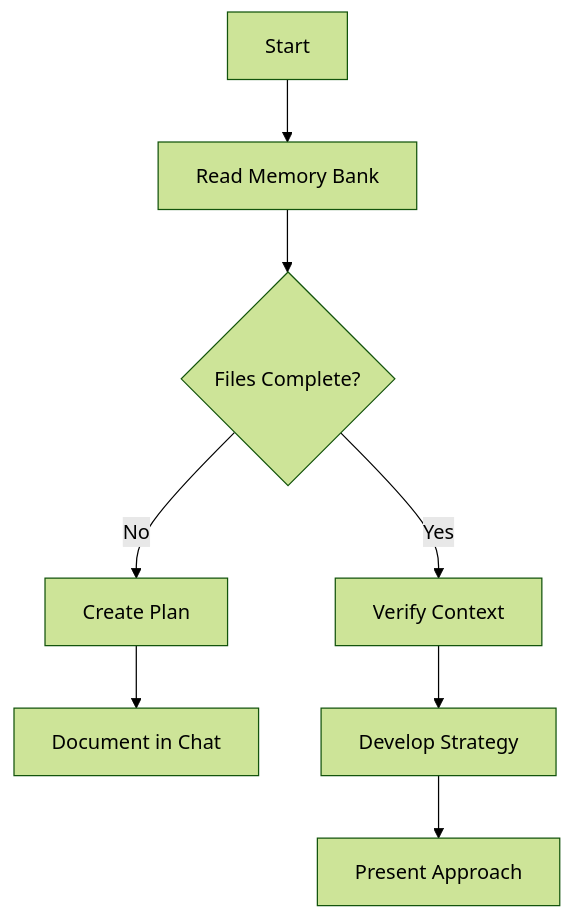
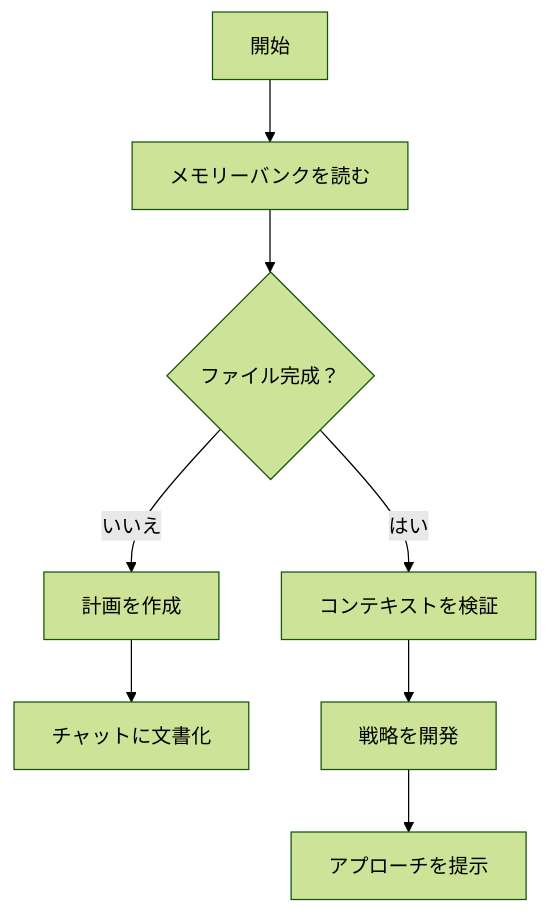
The first of 3 diagrams in docs-ja/prompting/caret-memory-bank.mdx (aicoding-caret/docs.caret.team), drawn with Mermaid (forest theme) before and after one commit. The commit also changed other lines of this file and 43 other files, not shown here.

````diff
--- a/docs-ja/prompting/caret-memory-bank.mdx
+++ b/docs-ja/prompting/caret-memory-bank.mdx
@@ -95,12 +95,12 @@
 ```mermaid
 flowchart TD
-    Start[Start] --> ReadFiles[Read Memory Bank]
-    ReadFiles --> CheckFiles{Files Complete?}
+    Start[開始] --> ReadFiles[メモリーバンクを読む]
+    ReadFiles --> CheckFiles{ファイル完成？}
 
-    CheckFiles -->|No| Plan[Create Plan]
-    Plan --> Document[Document in Chat]
+    CheckFiles -->|いいえ| Plan[計画を作成]
+    Plan --> Document[チャットに文書化]
 
-    CheckFiles -->|Yes| Verify[Verify Context]
-    Verify --> Strategy[Develop Strategy]
-    Strategy --> Present[Present Approach]
+    CheckFiles -->|はい| Verify[コンテキストを検証]
+    Verify --> Strategy[戦略を開発]
+    Strategy --> Present[アプローチを提示]
 ```
````
